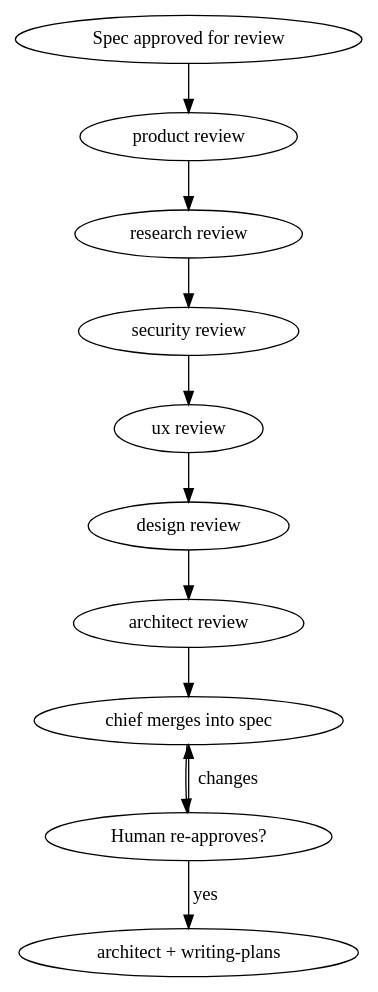
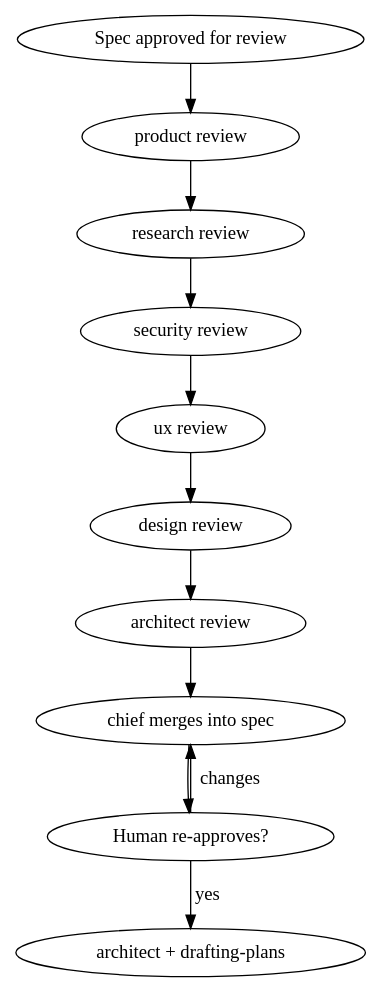
The diagram in skills/spec-specialist-review/SKILL.md (weyenk/ai-mode), drawn with Graphviz before and after one commit. The commit also changed other lines of this file and 52 other files, not shown here.

Commit message:
Add ask --context, plan lint/verify, drafting-plans and pr-stack skills, and the approved Three Amigos spec and plan.

````diff
--- a/skills/spec-specialist-review/SKILL.md
+++ b/skills/spec-specialist-review/SKILL.md
@@ -168,14 +168,14 @@
 ```dot
 digraph spec_review {
     "Spec approved for review" -> "product review";
     "product review" -> "research review";
     "research review" -> "security review";
     "security review" -> "ux review";
     "ux review" -> "design review";
     "design review" -> "architect review";
     "architect review" -> "chief merges into spec";
     "chief merges into spec" -> "Human re-approves?";
     "Human re-approves?" -> "chief merges into spec" [label="changes"];
-    "Human re-approves?" -> "architect + writing-plans" [label="yes"];
+    "Human re-approves?" -> "architect + drafting-plans" [label="yes"];
 }
 ```
````
